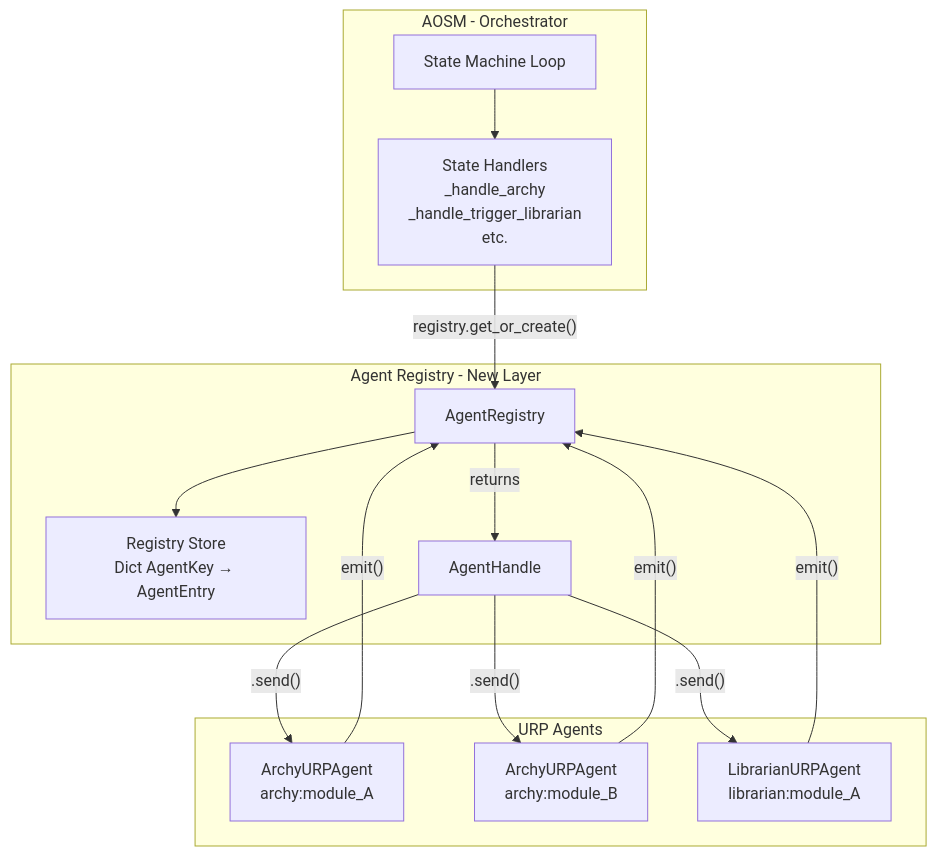
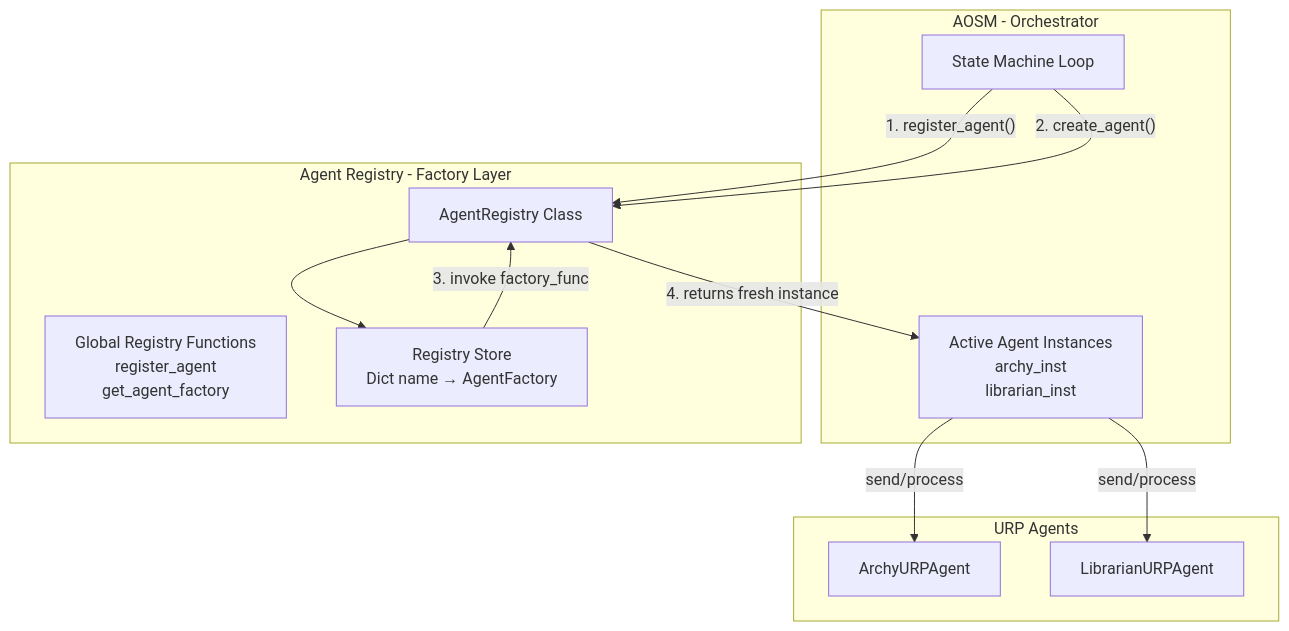
Before and after one commit to vivekvjnk/virtual_hardware_laboratary: the diagram in docs/source/mas/agent_registry/agent_registry_design.md, drawn with Mermaid. The commit also changed other lines of this file and 2 other files, not shown here.

Commit message:
refactor(agent registry): align with standard registry design pattern - Moved lifecycle management from registry to AgentFactory - Added global registry and scoped registry

````diff
--- a/docs/source/mas/agent_registry/agent_registry_design.md
+++ b/docs/source/mas/agent_registry/agent_registry_design.md
@@ -20,30 +21,26 @@
 ```mermaid
 graph TD
     subgraph "AOSM - Orchestrator"
         SM[State Machine Loop]
-        HANDLERS["State Handlers<br/>_handle_archy<br/>_handle_trigger_librarian<br/>etc."]
+        INSTANCES["Active Agent Instances<br/>archy_inst<br/>librarian_inst"]
     end
 
-    subgraph "Agent Registry - New Layer"
-        REG[AgentRegistry]
-        STORE["Registry Store<br/>Dict AgentKey → AgentEntry"]
-        HANDLE[AgentHandle]
+    subgraph "Agent Registry - Factory Layer"
+        REG[AgentRegistry Class]
+        GLOB["Global Registry Functions<br/>register_agent<br/>get_agent_factory"]
+        MAPS["Registry Store<br/>Dict name → AgentFactory"]
     end
 
     subgraph "URP Agents"
-        A1["ArchyURPAgent<br/>archy:module_A"]
-        A2["ArchyURPAgent<br/>archy:module_B"]
-        L1["LibrarianURPAgent<br/>librarian:module_A"]
+        A1["ArchyURPAgent"]
+        L1["LibrarianURPAgent"]
     end
 
-    SM --> HANDLERS
-    HANDLERS -->|"registry.get_or_create()"| REG
-    REG --> STORE
-    REG -->|"returns"| HANDLE
-    HANDLE -->|".send()"| A1
-    HANDLE -->|".send()"| A2
-    HANDLE -->|".send()"| L1
-    A1 -->|"emit()"| REG
-    A2 -->|"emit()"| REG
-    L1 -->|"emit()"| REG
+    SM -->|"1. register_agent()"| REG
+    REG --> MAPS
+    SM -->|"2. create_agent()"| REG
+    MAPS -->|"3. invoke factory_func"| REG
+    REG -->|"4. returns fresh instance"| INSTANCES
+    INSTANCES -->|"send/process"| A1
+    INSTANCES -->|"send/process"| L1
 ```
````
